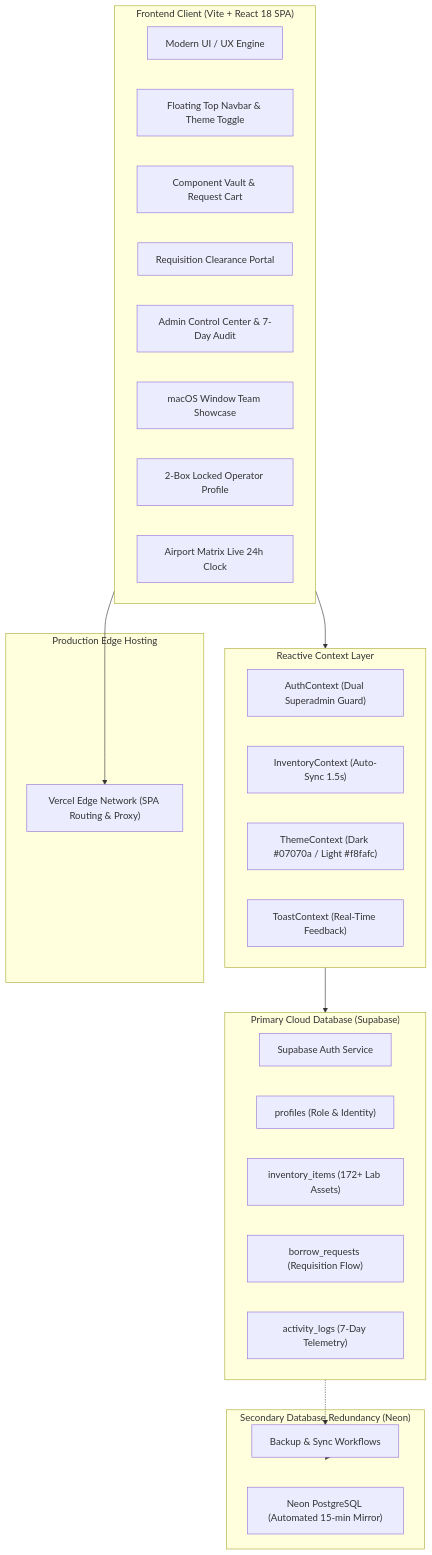
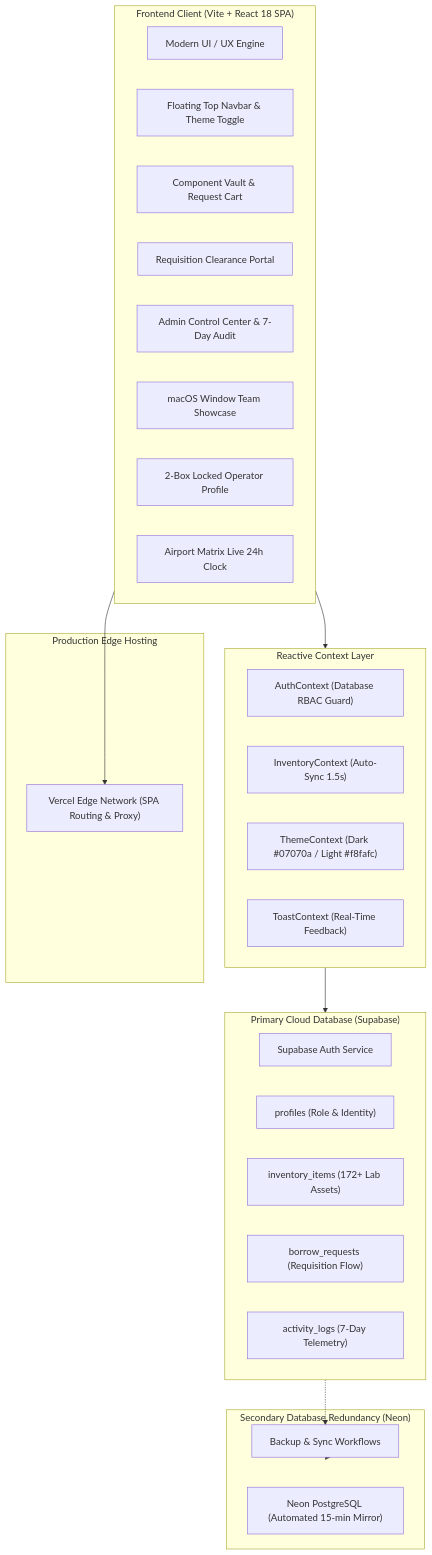
The first of 2 diagrams in DEEPDIVE.md (CICR-The-Robotics-Hub-of-JIIT-128/CICR-Inventory), drawn with Mermaid before and after one commit. The commit also changed other lines of this file and 39 other files, not shown here.

````diff
--- a/DEEPDIVE.md
+++ b/DEEPDIVE.md
@@ -75,42 +75,42 @@
 ```mermaid
 flowchart TD
     subgraph Client["Frontend Client (Vite + React 18 SPA)"]
         UI["Modern UI / UX Engine"]
         TopNav["Floating Top Navbar & Theme Toggle"]
         Vault["Component Vault & Request Cart"]
         Clearance["Requisition Clearance Portal"]
         AdminHub["Admin Control Center & 7-Day Audit"]
         TeamShowcase["macOS Window Team Showcase"]
         Profile["2-Box Locked Operator Profile"]
         ClockHUD["Airport Matrix Live 24h Clock"]
     end
 
     subgraph State["Reactive Context Layer"]
-        AuthCtx["AuthContext (Dual Superadmin Guard)"]
+        AuthCtx["AuthContext (Database RBAC Guard)"]
         InvCtx["InventoryContext (Auto-Sync 1.5s)"]
         ThemeCtx["ThemeContext (Dark #07070a / Light #f8fafc)"]
         ToastCtx["ToastContext (Real-Time Feedback)"]
     end
 
     subgraph Cloud["Primary Cloud Database (Supabase)"]
         AuthService["Supabase Auth Service"]
         ProfilesTable["profiles (Role & Identity)"]
         InventoryTable["inventory_items (172+ Lab Assets)"]
         BorrowTable["borrow_requests (Requisition Flow)"]
         LogsTable["activity_logs (7-Day Telemetry)"]
     end
 
     subgraph Secondary["Secondary Database Redundancy (Neon)"]
         NeonDB["Neon PostgreSQL (Automated 15-min Mirror)"]
         BackupScripts["Backup & Sync Workflows"]
     end
 
     subgraph CDN["Production Edge Hosting"]
         Vercel["Vercel Edge Network (SPA Routing & Proxy)"]
     end
 
     Client --> State
     State --> Cloud
     Cloud -.-> BackupScripts -.-> Secondary
     Client --> Vercel
 ```
````
